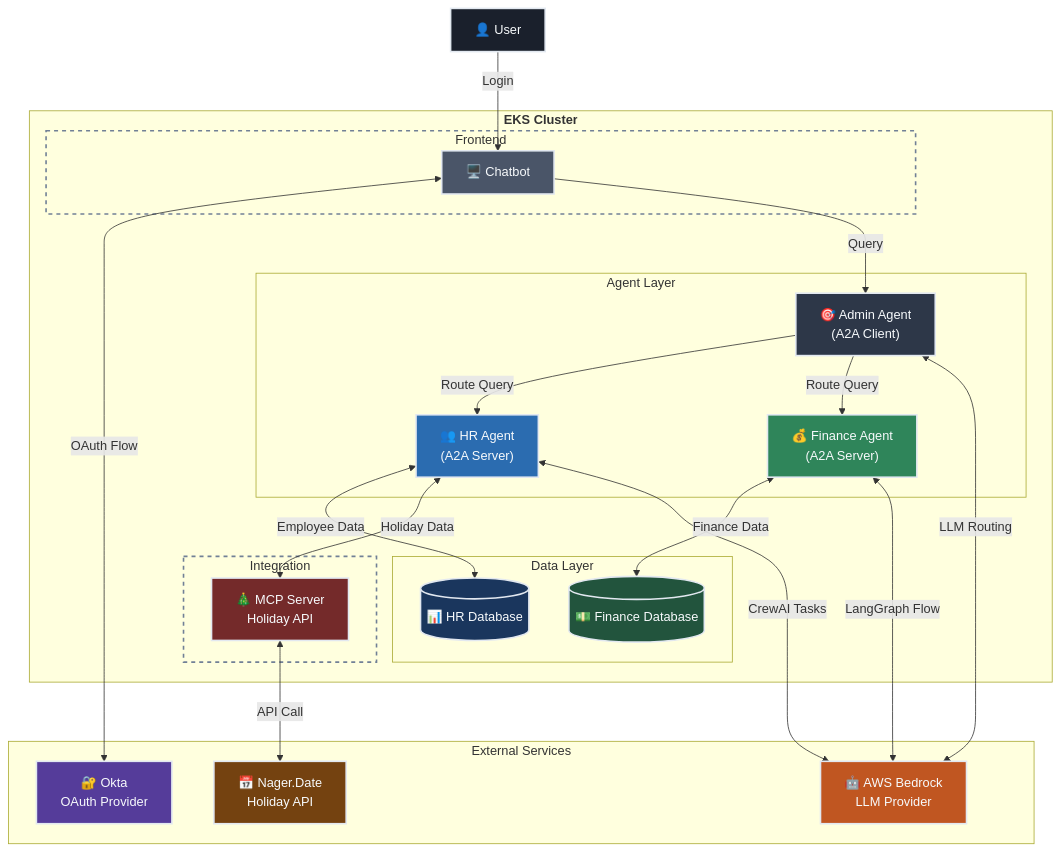
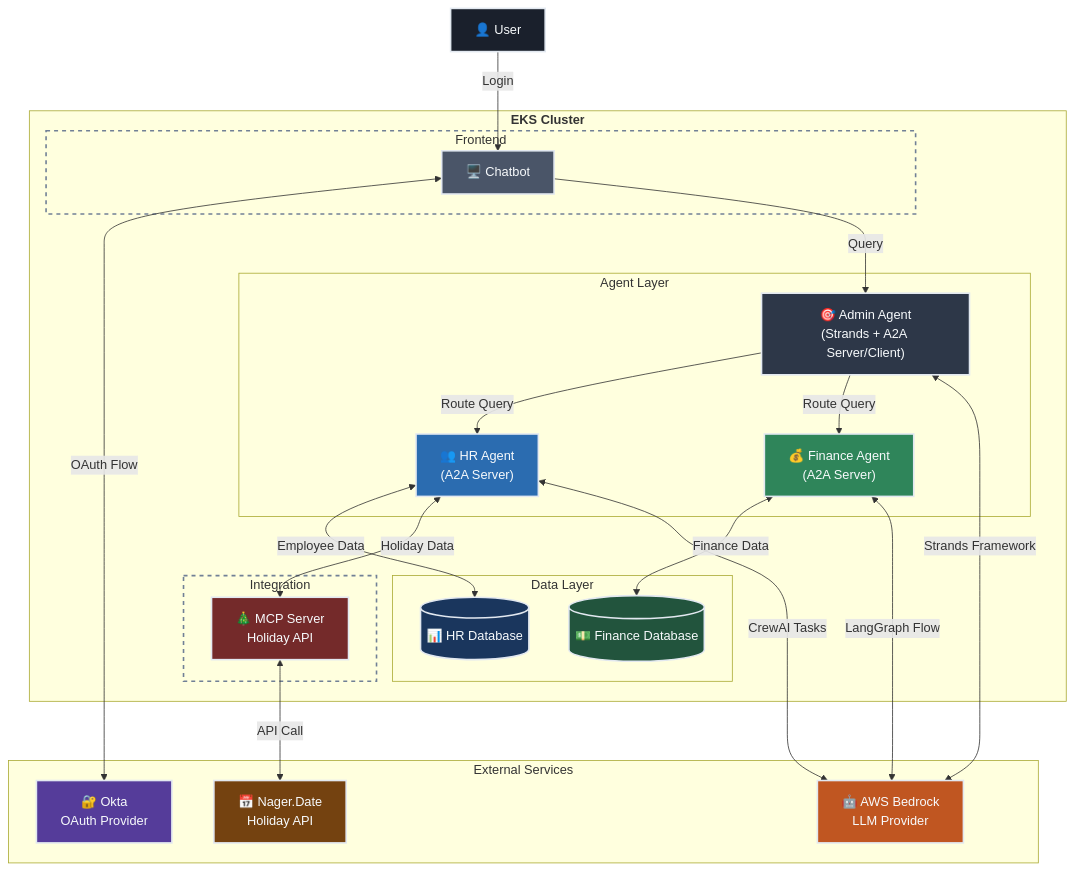
The diagram in README.md (agentic-community/agentic-on-eks), drawn with Mermaid before and after one commit. The commit also changed other lines of this file and 1 other file, not shown here.

Commit message:
add a2a-inspector validation steps, updated architecture as per strands

````diff
--- a/README.md
+++ b/README.md
@@ -23,57 +23,57 @@
 ```mermaid
 graph TB
     subgraph "<b>EKS Cluster</b>"
         subgraph "Frontend"
             UI["🖥️ Chatbot<br/>"]
         end
         
         subgraph "Agent Layer"
-            Admin["🎯 Admin Agent<br/>(A2A Client)<br/>"]
+            Admin["🎯 Admin Agent<br/>(Strands + A2A Server/Client)<br/>"]
             HR["👥 HR Agent<br/>(A2A Server)<br/>"]
             Finance["💰 Finance Agent<br/>(A2A Server)<br/>"]
         end
         
         subgraph "Data Layer"
             HRDB[("📊 HR Database")]
             FinDB[("💵 Finance Database")]
         end
         
         subgraph "Integration"
             MCP["🎄 MCP Server<br/>Holiday API"]
         end
     end
     
     subgraph "External Services"
         Okta["🔐 Okta<br/>OAuth Provider"]
         Bedrock["🤖 AWS Bedrock<br/>LLM Provider"]
         Nager["📅 Nager.Date<br/>Holiday API"]
     end
     
     User["👤 User"] -->|"Login"| UI
     UI <-->|"OAuth Flow"| Okta
     UI -->|"Query"| Admin
     Admin -->|"Route Query"| HR
     Admin -->|"Route Query"| Finance
     HR <-->|"Employee Data"| HRDB
     Finance <-->|"Finance Data"| FinDB
     HR <-->|"Holiday Data"| MCP
     MCP <-->|"API Call"| Nager
-    Admin <-->|"LLM Routing"| Bedrock
+    Admin <-->|"Strands Framework"| Bedrock
     HR <-->|"CrewAI Tasks"| Bedrock
     Finance <-->|"LangGraph Flow"| Bedrock
     
     style UI fill:#4A5568,stroke:#E2E8F0,stroke-width:2px,color:#F7FAFC
     style Admin fill:#2D3748,stroke:#E2E8F0,stroke-width:2px,color:#F7FAFC
     style HR fill:#2B6CB0,stroke:#E2E8F0,stroke-width:2px,color:#F7FAFC
     style Finance fill:#2F855A,stroke:#E2E8F0,stroke-width:2px,color:#F7FAFC
     style Okta fill:#553C9A,stroke:#E2E8F0,stroke-width:2px,color:#F7FAFC
     style Bedrock fill:#C05621,stroke:#E2E8F0,stroke-width:2px,color:#F7FAFC
     style HRDB fill:#1A365D,stroke:#E2E8F0,stroke-width:2px,color:#F7FAFC
     style FinDB fill:#22543D,stroke:#E2E8F0,stroke-width:2px,color:#F7FAFC
     style MCP fill:#742A2A,stroke:#E2E8F0,stroke-width:2px,color:#F7FAFC
     style Nager fill:#744210,stroke:#E2E8F0,stroke-width:2px,color:#F7FAFC
     style User fill:#1A202C,stroke:#E2E8F0,stroke-width:2px,color:#F7FAFC
     
     classDef transparentSubgraph fill:transparent,stroke:#718096,stroke-width:2px,stroke-dasharray:5 5
     class Frontend,AgentLayer,DataLayer,Integration,External transparentSubgraph
 ```
````
